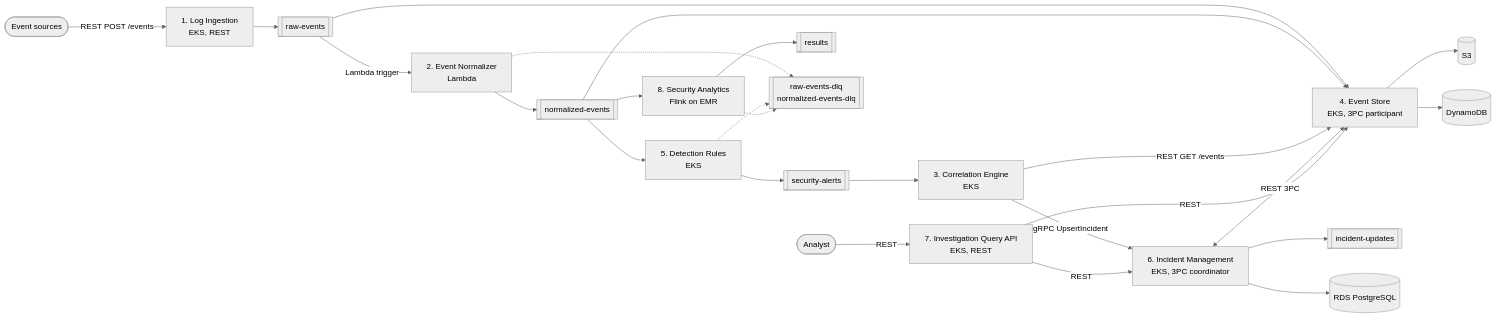
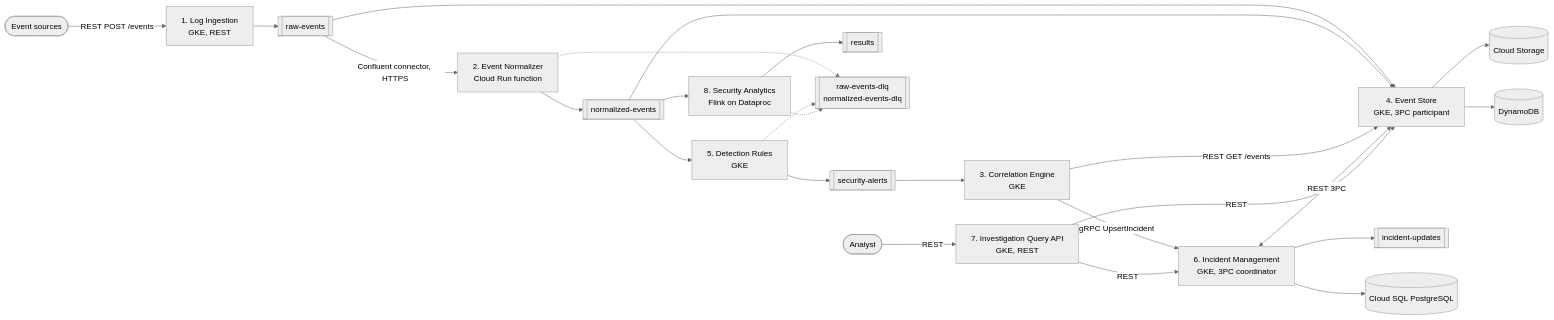
One commit to Cloud-Lab-Assignment/Cloud-Security-Ingester changed the second of 3 diagrams in docs/design/DESIGN.md. Above: the diagram before and after it, drawn with Mermaid (neutral theme). The commit also changed other lines of this file and 63 other files, not shown here.

First line of the commit message:
Move compute to Google Cloud and Kafka to Confluent Cloud

````diff
--- a/docs/design/DESIGN.md
+++ b/docs/design/DESIGN.md
@@ -104,46 +108,46 @@
 ```mermaid
 flowchart LR
   src(["Event sources"])
   analyst(["Analyst"])
 
-  LI["1. Log Ingestion<br/>EKS, REST"]
-  EN["2. Event Normalizer<br/>Lambda"]
-  DR["5. Detection Rules<br/>EKS"]
-  CE["3. Correlation Engine<br/>EKS"]
-  IM["6. Incident Management<br/>EKS, 3PC coordinator"]
-  ES["4. Event Store<br/>EKS, 3PC participant"]
-  IQ["7. Investigation Query API<br/>EKS, REST"]
-  SA["8. Security Analytics<br/>Flink on EMR"]
+  LI["1. Log Ingestion<br/>GKE, REST"]
+  EN["2. Event Normalizer<br/>Cloud Run function"]
+  DR["5. Detection Rules<br/>GKE"]
+  CE["3. Correlation Engine<br/>GKE"]
+  IM["6. Incident Management<br/>GKE, 3PC coordinator"]
+  ES["4. Event Store<br/>GKE, 3PC participant"]
+  IQ["7. Investigation Query API<br/>GKE, REST"]
+  SA["8. Security Analytics<br/>Flink on Dataproc"]
 
   RAW[["raw-events"]]
   NORM[["normalized-events"]]
   ALERT[["security-alerts"]]
   UPD[["incident-updates"]]
   RES[["results"]]
   DLQ[["raw-events-dlq<br/>normalized-events-dlq"]]
 
-  S3[("S3")]
+  S3[("Cloud Storage")]
   DDB[("DynamoDB")]
-  PG[("RDS PostgreSQL")]
+  PG[("Cloud SQL PostgreSQL")]
 
   src -- "REST POST /events" --> LI --> RAW
-  RAW -- "Lambda trigger" --> EN --> NORM
+  RAW -- "Confluent connector, HTTPS" --> EN --> NORM
   EN -.-> DLQ
   RAW --> ES
   NORM --> ES
   NORM --> DR --> ALERT
   DR -.-> DLQ
   NORM --> SA --> RES
   SA -.-> DLQ
   ALERT --> CE
   CE -- "REST GET /events" --> ES
   CE -- "gRPC UpsertIncident" --> IM
   IM <-- "REST 3PC" --> ES
   IM --> PG
   IM --> UPD
   ES --> S3
   ES --> DDB
   analyst -- "REST" --> IQ
   IQ -- "REST" --> IM
   IQ -- "REST" --> ES
 ```
````
